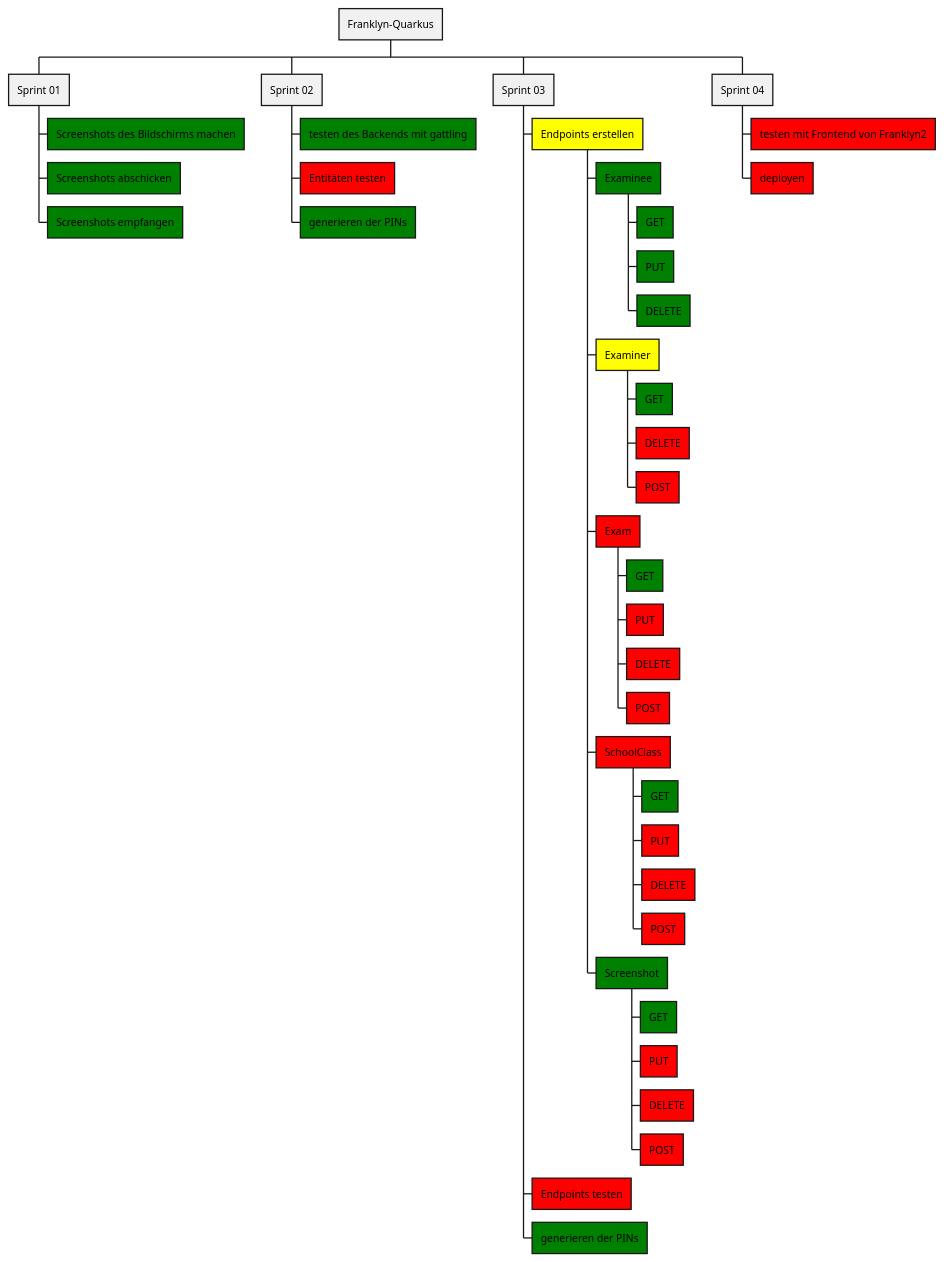
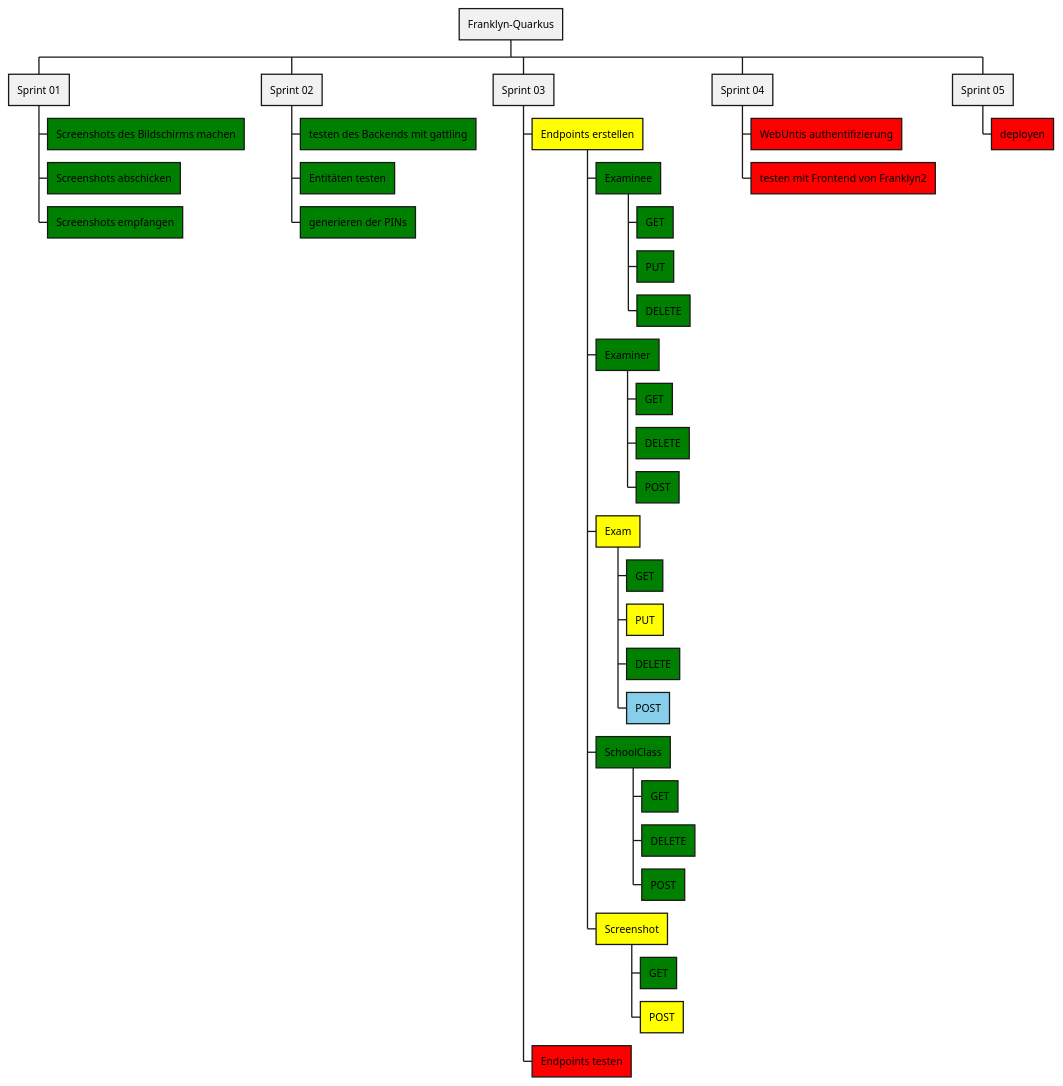
Before and after one commit to htl-leonding-project/franklyn-quarkus: the diagram in docs/asciidocs/plantuml/sachbestand.puml, drawn with PlantUML. The commit also changed 43 other files, not shown here.

```diff
--- a/docs/asciidocs/plantuml/sachbestand.puml
+++ b/docs/asciidocs/plantuml/sachbestand.puml
@@ -1,41 +1,39 @@
 @startwbs
 * Franklyn-Quarkus
 ** Sprint 01
 ***[#green] Screenshots des Bildschirms machen
 ***[#green] Screenshots abschicken
 ***[#green] Screenshots empfangen
 ** Sprint 02
 ***[#green] testen des Backends mit gattling
-***[#red] Entitäten testen
+***[#green] Entitäten testen
 ***[#green] generieren der PINs
 ** Sprint 03
 ***[#yellow] Endpoints erstellen
 ****[#green] Examinee
 *****[#green] GET
 *****[#green] PUT
 *****[#green] DELETE
-****[#yellow] Examiner
+****[#green] Examiner
 *****[#green] GET
-*****[#red] DELETE
-*****[#red] POST
-****[#red] Exam
+*****[#green] DELETE
+*****[#green] POST
+****[#yellow] Exam
 *****[#green] GET
-*****[#red] PUT
-*****[#red] DELETE
-*****[#red] POST
-****[#red] SchoolClass
+*****[#yellow] PUT
+*****[#green] DELETE
+*****[#skyblue] POST
+****[#green] SchoolClass
 *****[#green] GET
-*****[#red] PUT
-*****[#red] DELETE
-*****[#red] POST
-****[#green] Screenshot
+*****[#green] DELETE
+*****[#green] POST
+****[#yellow] Screenshot
 *****[#green] GET
-*****[#red] PUT
-*****[#red] DELETE
-*****[#red] POST
+*****[#yellow] POST
 ***[#red] Endpoints testen
-***[#green] generieren der PINs
 ** Sprint 04
+***[#red] WebUntis authentifizierung
 ***[#red] testen mit Frontend von Franklyn2
+** Sprint 05
 ***[#red] deployen
 @endwbs
```
